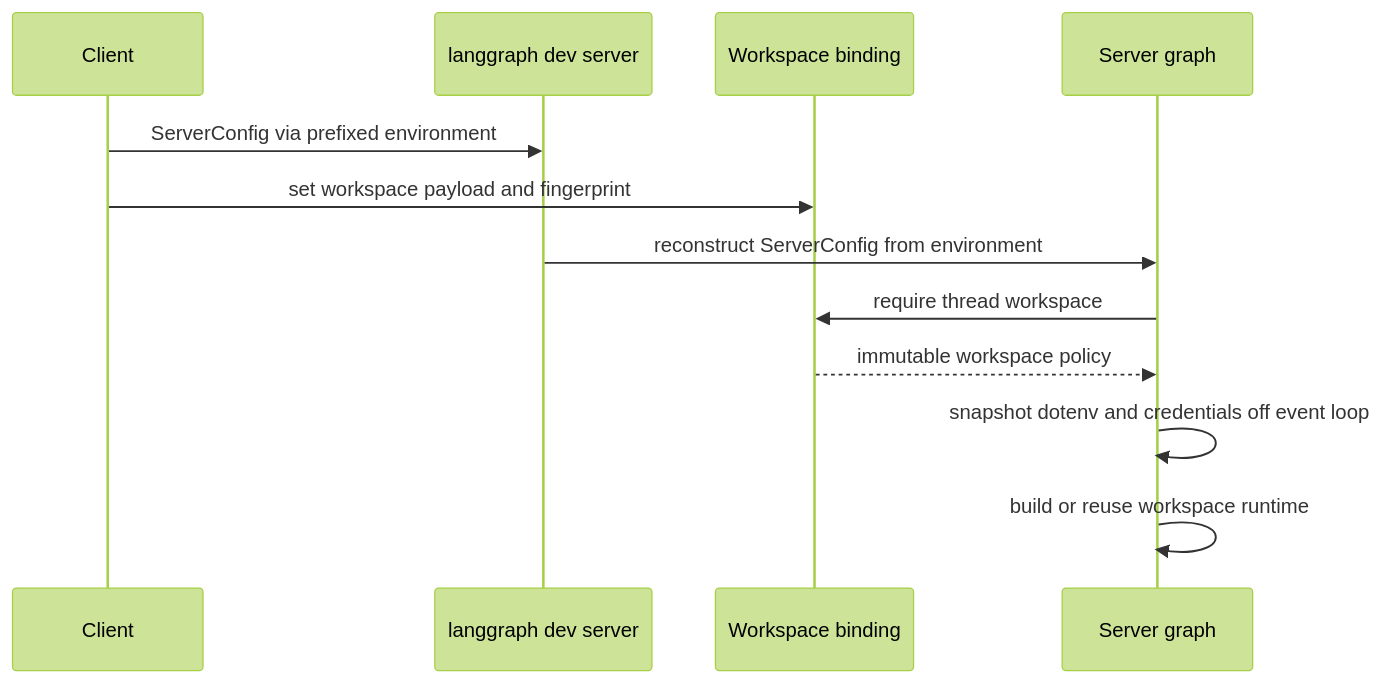
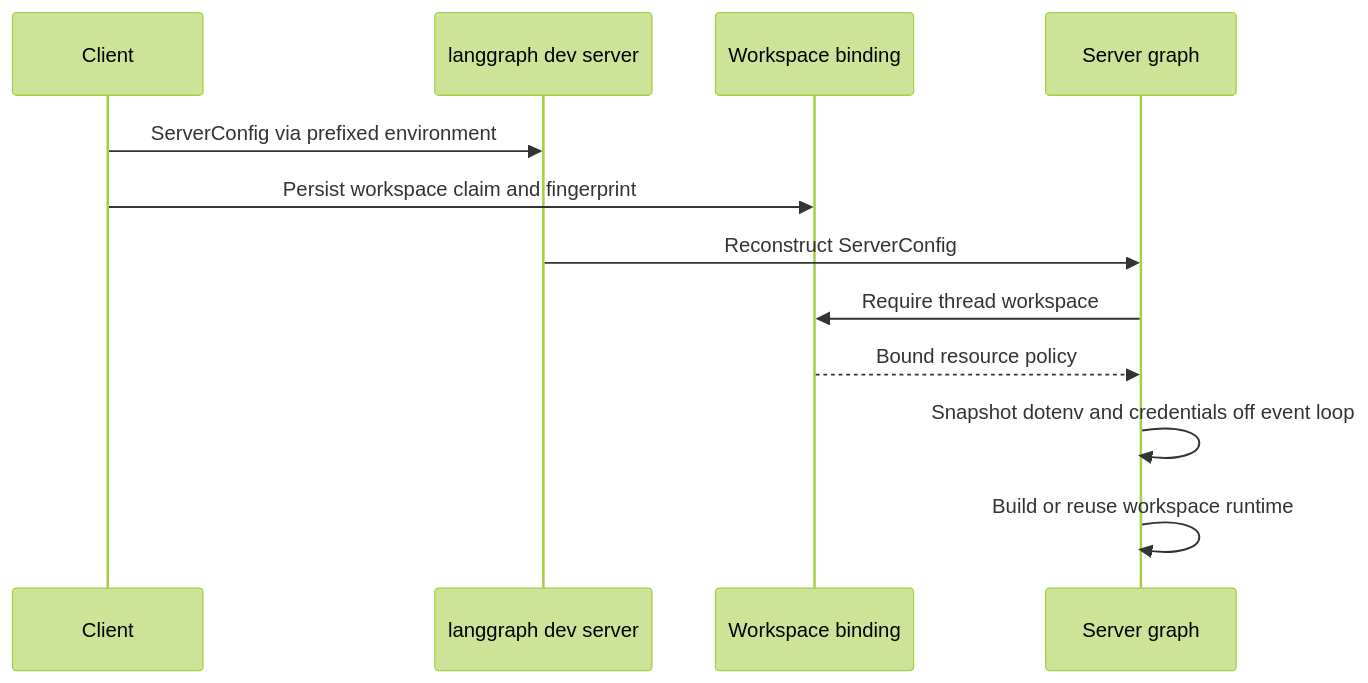
Before and after one commit to langchain-ai/deepagents: the third of 3 diagrams in openwiki/concepts/config-layering.md, drawn with Mermaid (forest theme). The commit also changed other lines of this file and 36 other files, not shown here.

````diff
--- a/openwiki/concepts/config-layering.md
+++ b/openwiki/concepts/config-layering.md
@@ -129,14 +109,14 @@
 ```mermaid
 sequenceDiagram
     participant Client
     participant Server as langgraph dev server
     participant Binding as Workspace binding
     participant Graph as Server graph
     Client->>Server: ServerConfig via prefixed environment
-    Client->>Binding: set workspace payload and fingerprint
-    Server->>Graph: reconstruct ServerConfig from environment
-    Graph->>Binding: require thread workspace
-    Binding-->>Graph: immutable workspace policy
-    Graph->>Graph: snapshot dotenv and credentials off event loop
-    Graph->>Graph: build or reuse workspace runtime
+    Client->>Binding: Persist workspace claim and fingerprint
+    Server->>Graph: Reconstruct ServerConfig
+    Graph->>Binding: Require thread workspace
+    Binding-->>Graph: Bound resource policy
+    Graph->>Graph: Snapshot dotenv and credentials off event loop
+    Graph->>Graph: Build or reuse workspace runtime
 ```
````
